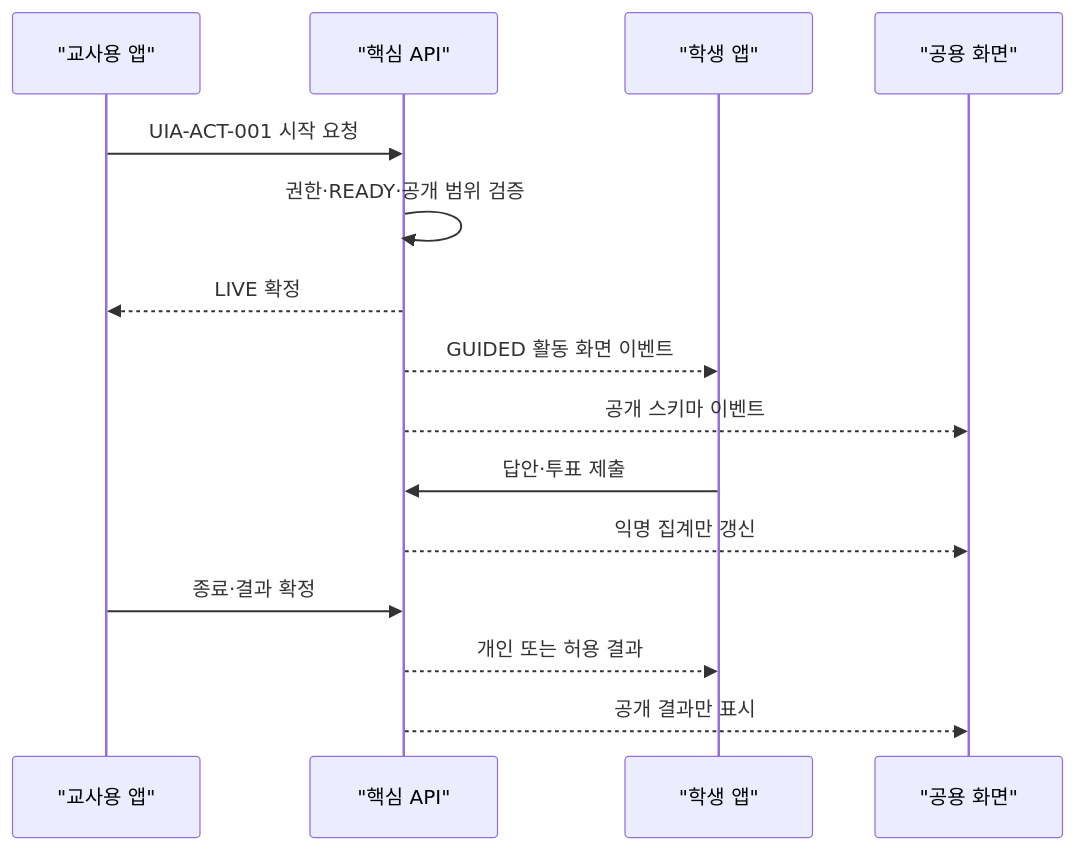
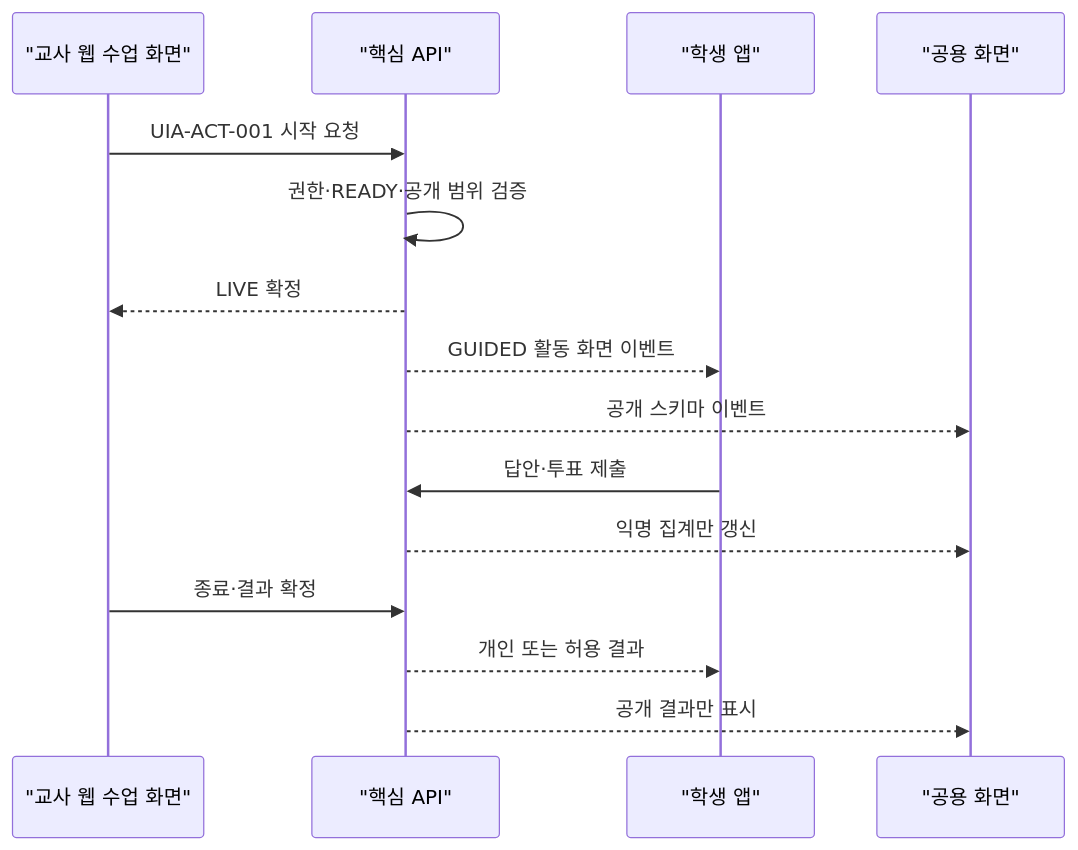
Before and after one commit to watermell0n/EcoVillgae: the second of 3 diagrams in docs/SCREEN_SPEC.md, drawn with Mermaid. The commit also changed other lines of this file and 16 other files, not shown here.

Commit message:
docs: align Expo student app and teacher web architecture

````diff
--- a/docs/SCREEN_SPEC.md
+++ b/docs/SCREEN_SPEC.md
@@ -329,17 +329,17 @@
 ```mermaid
 sequenceDiagram
-    participant T as "교사용 앱"
+    participant T as "교사 웹 수업 화면"
     participant API as "핵심 API"
     participant S as "학생 앱"
     participant P as "공용 화면"
     T->>API: UIA-ACT-001 시작 요청
     API->>API: 권한·READY·공개 범위 검증
     API-->>T: LIVE 확정
     API-->>S: GUIDED 활동 화면 이벤트
     API-->>P: 공개 스키마 이벤트
     S->>API: 답안·투표 제출
     API-->>P: 익명 집계만 갱신
     T->>API: 종료·결과 확정
     API-->>S: 개인 또는 허용 결과
     API-->>P: 공개 결과만 표시
 ```
````
